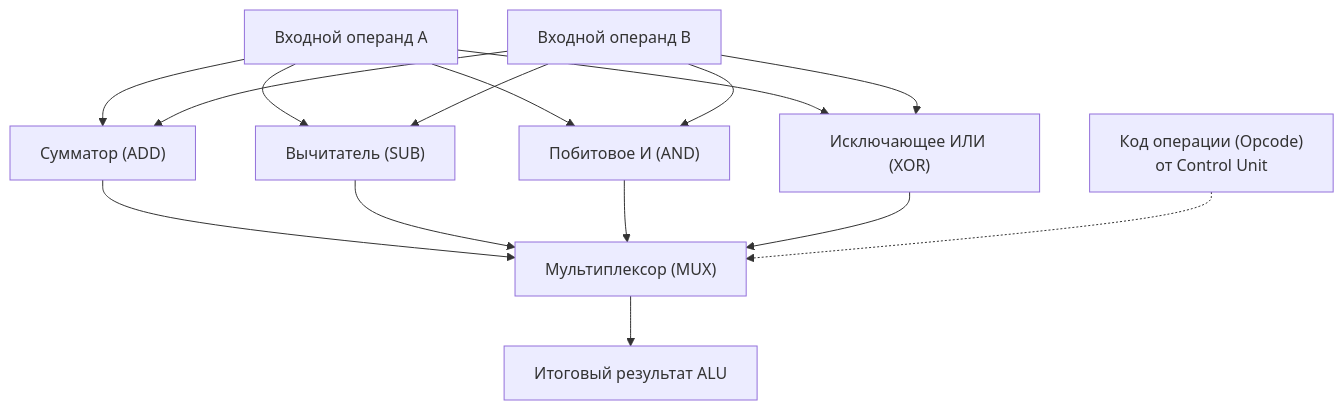
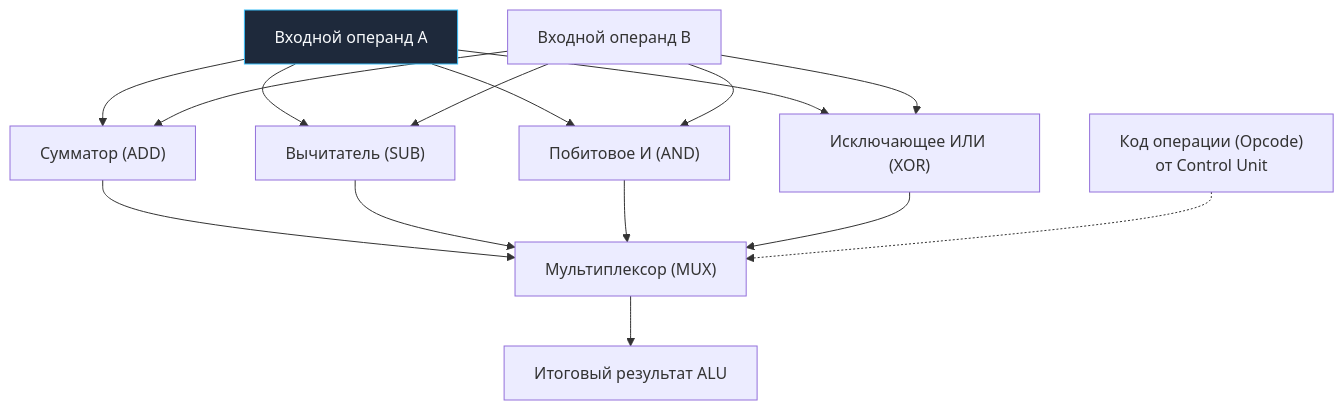
One commit to UnrealTemplier/go-textbook changed the third of 3 diagrams in sources/1. Архитектура компьютера/3. Комбинационная логика. Учим кремний считать.md. Above: the diagram before and after it, drawn with Mermaid. The commit also changed other lines of this file and 1666 other files, not shown here.

First line of the commit message:
feat(mermaid): add semantic color classDef to 1369 colorless flowchart/graph diagrams

````diff
--- a/sources/1. Архитектура компьютера/3. Комбинационная логика. Учим кремний считать.md
+++ b/sources/1. Архитектура компьютера/3. Комбинационная логика. Учим кремний считать.md
@@ -132,21 +152,31 @@
 ```mermaid
 flowchart TD
-    InA["Входной операнд A"] --> ADD_Block["Сумматор (ADD)"]
+    classDef process  fill:#1e293b,stroke:#38bdf8,stroke-width:1px,color:#f8fafc
+    classDef success  fill:#064e3b,stroke:#34d399,stroke-width:1px,color:#f8fafc
+    classDef error    fill:#7f1d1d,stroke:#f87171,stroke-width:1px,color:#f8fafc
+    classDef warning  fill:#78350f,stroke:#fbbf24,stroke-width:1px,color:#f8fafc
+    classDef entry    fill:#1e3a5f,stroke:#38bdf8,stroke-width:2px,color:#f8fafc
+    classDef aux      fill:#334155,stroke:#64748b,stroke-width:1px,color:#f8fafc
+    classDef system   fill:#312e81,stroke:#a78bfa,stroke-width:1px,color:#f8fafc
+    classDef data     fill:#132d29,stroke:#2dd4bf,stroke-width:1px,color:#f8fafc
+    classDef network  fill:#881337,stroke:#fb7185,stroke-width:1px,color:#f8fafc
+    classDef accent   fill:#1e1b4b,stroke:#818cf8,stroke-width:1px,color:#f8fafc
+    InA["Входной операнд A"]:::process --> ADD_Block["Сумматор (ADD)"]
     InA --> SUB_Block["Вычитатель (SUB)"]
     InA --> AND_Block["Побитовое И (AND)"]
     InA --> XOR_Block["Исключающее ИЛИ (XOR)"]
 
     InB["Входной операнд B"] --> ADD_Block
     InB --> SUB_Block
     InB --> AND_Block
     InB --> XOR_Block
 
     ADD_Block --> MUX["Мультиплексор (MUX)"]
     SUB_Block --> MUX
     AND_Block --> MUX
     XOR_Block --> MUX
 
     OPCODE["Код операции (Opcode)<br>от Control Unit"] -.-> MUX
 
     MUX --> OUT["Итоговый результат ALU"]
 ```
````
